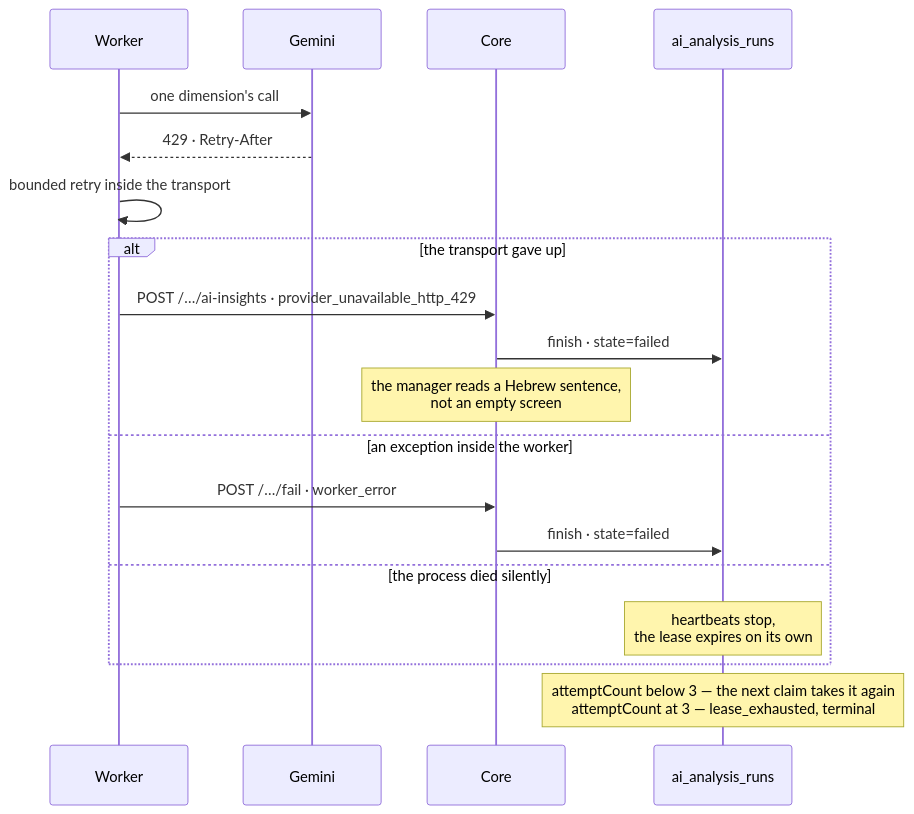
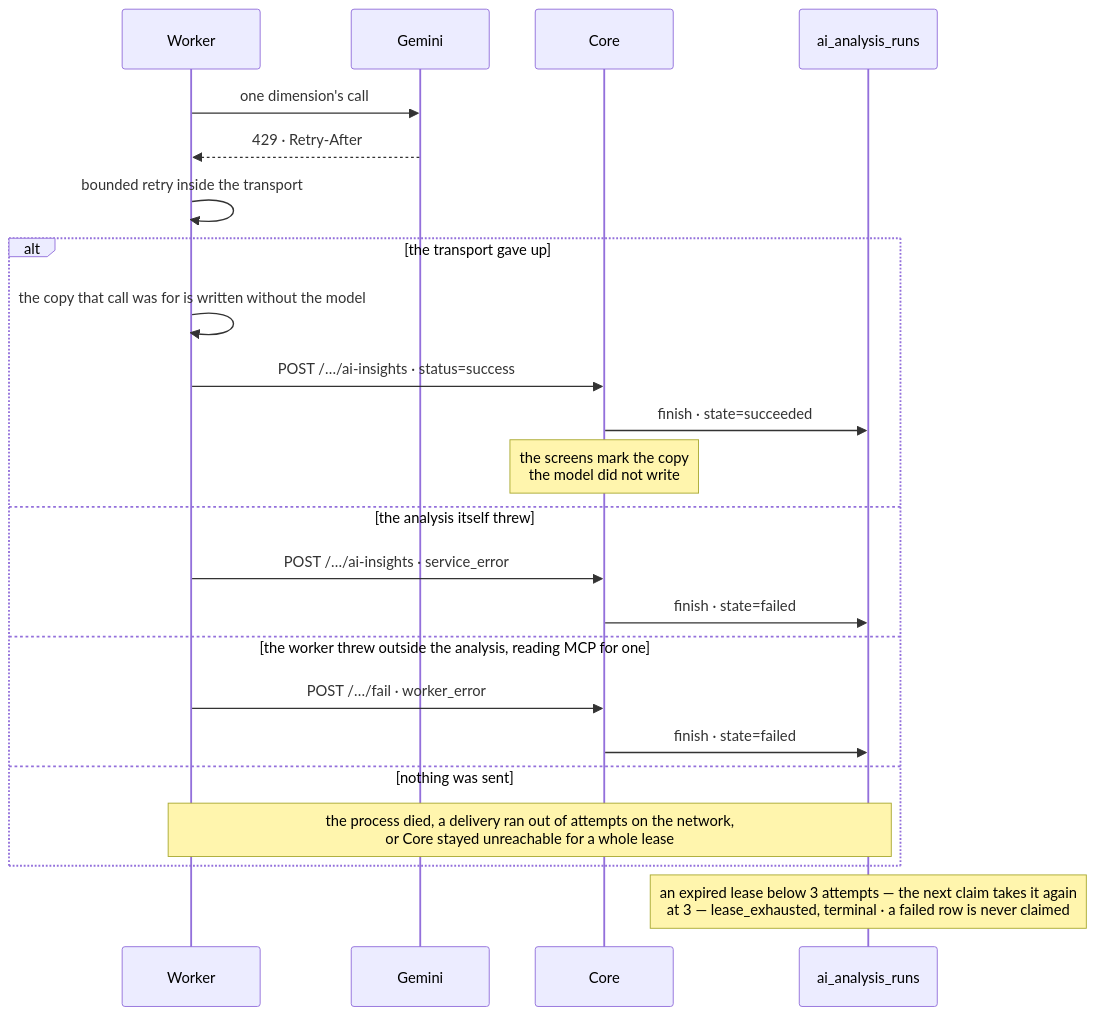
Before and after one commit to shteynu/shalomut-map-demo: the fourth of 6 diagrams in docs/ai-analysis-run-lifecycle.md, drawn with Mermaid. The commit also changed other lines of this file and 4 other files, not shown here.

````diff
--- a/docs/ai-analysis-run-lifecycle.md
+++ b/docs/ai-analysis-run-lifecycle.md
@@ -141,24 +143,28 @@
 ```mermaid
 sequenceDiagram
     participant W as Worker
     participant G as Gemini
     participant C as Core
     participant DB as ai_analysis_runs
 
     W->>G: one dimension's call
     G-->>W: 429 · Retry-After
     W->>W: bounded retry inside the transport
 
     alt the transport gave up
-        W->>C: POST /…/ai-insights · provider_unavailable_http_429
+        W->>W: the copy that call was for is written without the model
+        W->>C: POST /…/ai-insights · status=success
+        C->>DB: finish · state=succeeded
+        Note over C: the screens mark the copy<br/>the model did not write
+    else the analysis itself threw
+        W->>C: POST /…/ai-insights · service_error
         C->>DB: finish · state=failed
-        Note over C: the manager reads a Hebrew sentence,<br/>not an empty screen
-    else an exception inside the worker
+    else the worker threw outside the analysis, reading MCP for one
         W->>C: POST /…/fail · worker_error
         C->>DB: finish · state=failed
-    else the process died silently
-        Note over DB: heartbeats stop,<br/>the lease expires on its own
+    else nothing was sent
+        Note over W,DB: the process died, a delivery ran out of attempts on the network,<br/>or Core stayed unreachable for a whole lease
     end
 
-    Note over DB: attemptCount below 3 — the next claim takes it again<br/>attemptCount at 3 — lease_exhausted, terminal
+    Note over DB: an expired lease below 3 attempts — the next claim takes it again<br/>at 3 — lease_exhausted, terminal · a failed row is never claimed
 ```
````
